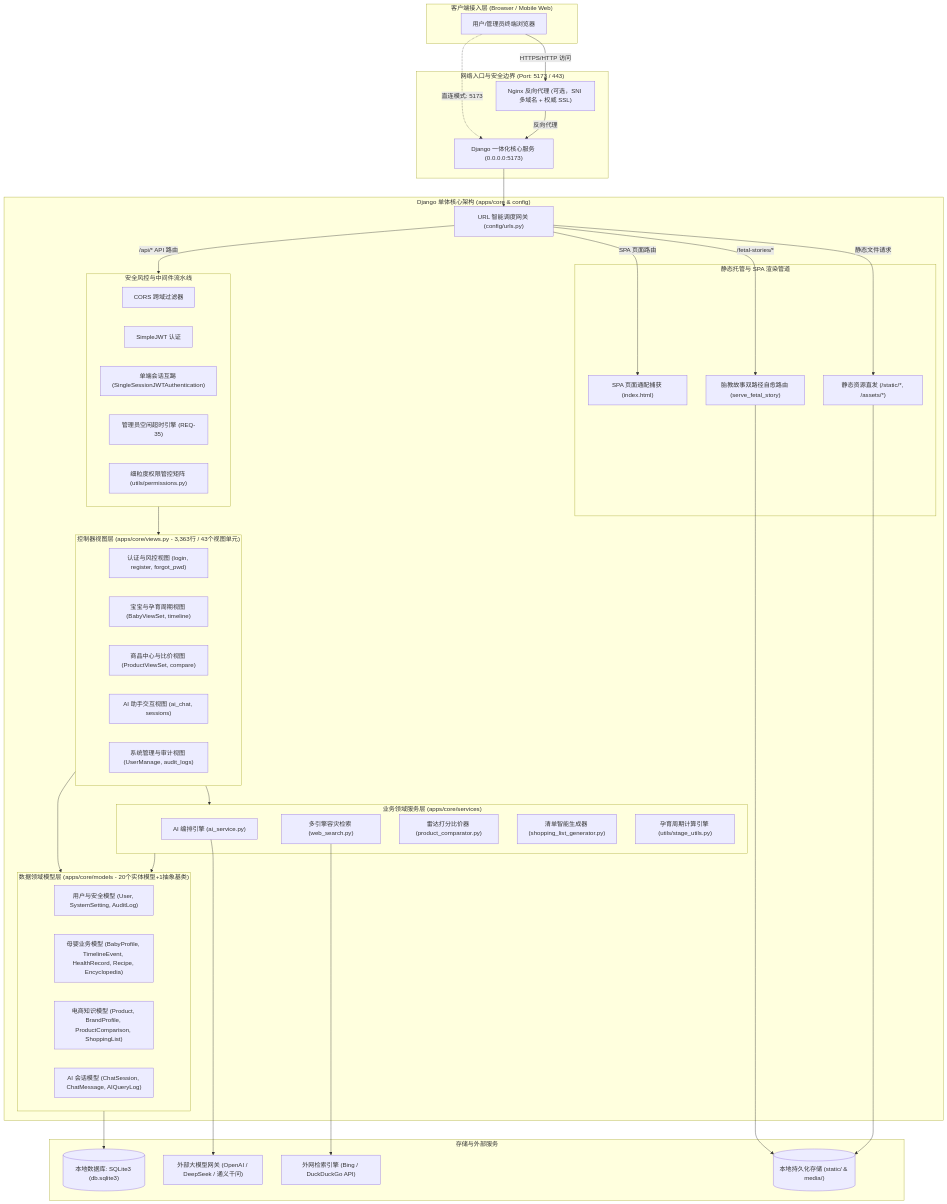
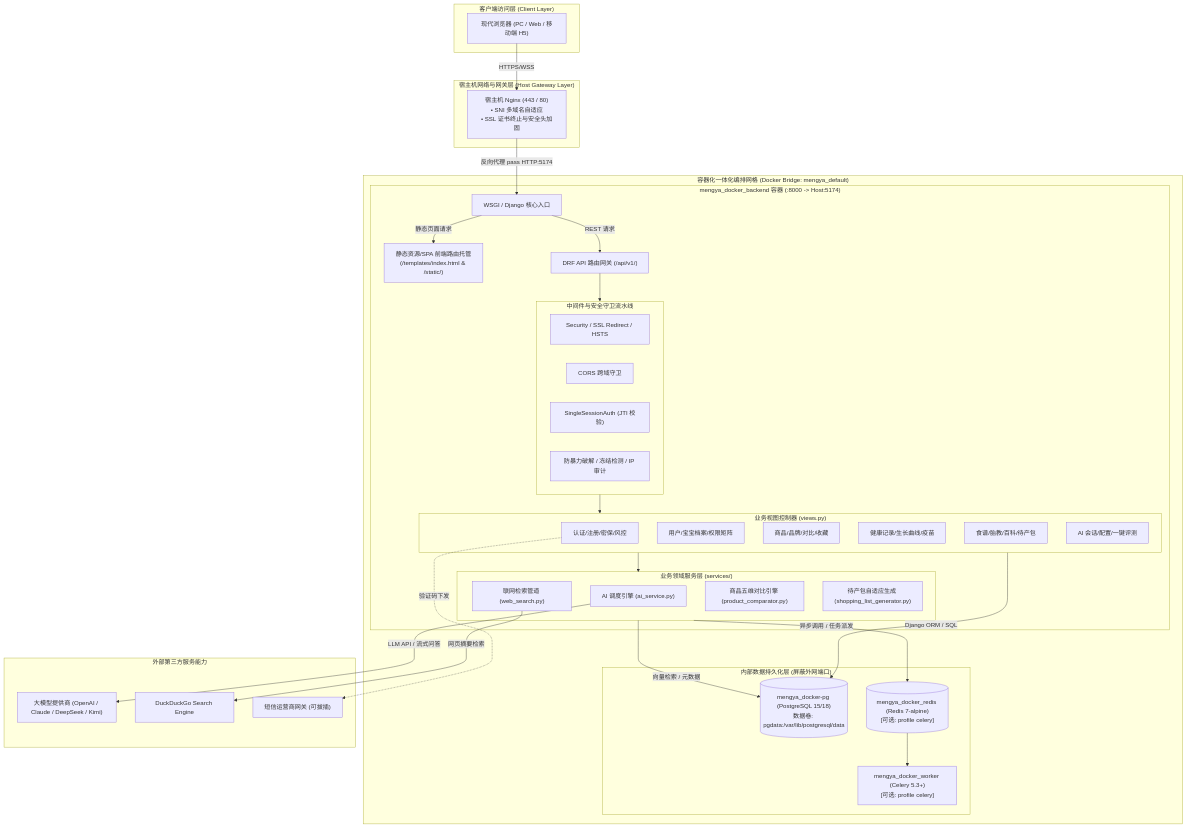
One commit to 18227370901/mengya-docker changed the first of 9 diagrams in docs/PSD_System_Design_and_Refactoring.md. Above: the diagram before and after it, drawn with Mermaid. The commit also changed other lines of this file and 9 other files, not shown here.

````diff
--- a/docs/PSD_System_Design_and_Refactoring.md
+++ b/docs/PSD_System_Design_and_Refactoring.md
@@ -57,83 +58,68 @@
 ```mermaid
+flowchart TB
+    subgraph Client["客户端访问层 (Client Layer)"]
+        Browser["现代浏览器 (PC / Web / 移动端 H5)"]
+    end
 
-flowchart TB
-subgraph ClientLayer ["客户端接入层 (Browser / Mobile Web)"]
-UserBrowser["用户/管理员终端浏览器"]
-end
+    subgraph Host["宿主机网络与网关层 (Host Gateway Layer)"]
+        HostNginx["宿主机 Nginx (443 / 80)<br/>• SNI 多域名自适应<br/>• SSL 证书终止与安全头加固"]
+    end
 
-subgraph BoundaryLayer ["网络入口与安全边界 (Port: 5173 / 443)"]
-NginxProxy["Nginx 反向代理 (可选，SNI 多域名 + 权威 SSL)"]
-DjangoHost["Django 一体化核心服务 (0.0.0.0:5173)"]
-end
+    subgraph DockerEnv["容器化一体化编排网格 (Docker Bridge: mengya_default)"]
+        subgraph BackendContainer["mengya_docker_backend 容器 (:8000 -> Host:5174)"]
+            DjangoEntry["WSGI / Django 核心入口"]
+            StaticServe["静态资源/SPA 前端路由托管<br/>(/templates/index.html & /static/)"]
+            APIRouter["DRF API 路由网关 (/api/v1/)"]
+            
+            subgraph MiddlewareStack["中间件与安全守卫流水线"]
+                SecMW["Security / SSL Redirect / HSTS"]
+                CorsMW["CORS 跨域守卫"]
+                SingleSessionMW["SingleSessionAuth (JTI 校验)"]
+                RiskMW["防暴力破解 / 冻结检测 / IP 审计"]
+            end
+            
+            subgraph CoreViews["业务视图控制器 (views.py)"]
+                AuthViews["认证/注册/密保/风控"]
+                UserViews["用户/宝宝档案/权限矩阵"]
+                ProductViews["商品/品牌/对比/收藏"]
+                HealthViews["健康记录/生长曲线/疫苗"]
+                ContentViews["食谱/胎教/百科/待产包"]
+                AIViews["AI 会话/配置/一键评测"]
+            end
 
-subgraph DjangoCore ["Django 单体核心架构 (apps/core & config)"]
-URLRouter["URL 智能调度网关 (config/urls.py)"]
+            subgraph ServiceDomain["业务领域服务层 (services/)"]
+                AIService["AI 调度引擎 (ai_service.py)"]
+                WebSearch["联网检索管道 (web_search.py)"]
+                Comparator["商品五维对比引擎 (product_comparator.py)"]
+                ListGen["待产包自适应生成 (shopping_list_generator.py)"]
+            end
+        end
 
-subgraph StaticPipeline ["静态托管与 SPA 渲染管道"]
-SPARouter["SPA 页面通配捕获 (index.html)"]
-StaticServe["静态资源直发 (/static/*, /assets/*)"]
-FetalStoryFallback["胎教故事双路径自愈路由 (serve_fetal_story)"]
-end
+        subgraph StorageLayer["内部数据持久化层 (屏蔽外网端口)"]
+            PGDB[("mengya_docker-pg (PostgreSQL 15/18)<br/>数据卷: pgdata:/var/lib/postgresql/data")]
+            RedisQueue[("mengya_docker_redis (Redis 7-alpine)<br/>[可选: profile celery]")]
+            CeleryWorker["mengya_docker_worker (Celery 5.3+)<br/>[可选: profile celery]"]
+        end
+    end
 
-subgraph SecurityPipeline ["安全风控与中间件流水线"]
-CORS["CORS 跨域过滤器"]
-JWTAuth["SimpleJWT 认证"]
-SingleSession["单端会话互踢 (SingleSessionJWTAuthentication)"]
-AdminTimeout["管理员空闲超时引擎 (REQ-35)"]
-PermCheck["细粒度权限管控矩阵 (utils/permissions.py)"]
-end
+    subgraph ExternalCloud["外部第三方服务能力"]
+        LLM["大模型提供商 (OpenAI / Claude / DeepSeek / Kimi)"]
+        DDG["DuckDuckGo Search Engine"]
+        SMS["短信运营商网关 (可拔插)"]
+    end
 
-subgraph ViewLayer ["控制器视图层 (apps/core/views.py - 3,363行 / 43个视图单元)"]
-AuthViews["认证与风控视图 (login, register, forgot_pwd)"]
-BabyViews["宝宝与孕育周期视图 (BabyViewSet, timeline)"]
-ProductViews["商品中心与比价视图 (ProductViewSet, compare)"]
-AIViews["AI 助手交互视图 (ai_chat, sessions)"]
-AdminViews["系统管理与审计视图 (UserManage, audit_logs)"]
-end
-
-subgraph ServiceLayer ["业务领域服务层 (apps/core/services)"]
-AIService["AI 编排引擎 (ai_service.py)"]
-WebSearchService["多引擎容灾检索 (web_search.py)"]
-ProductComparator["雷达打分比价器 (product_comparator.py)"]
-ShoppingGenerator["清单智能生成器 (shopping_list_generator.py)"]
-StageUtils["孕育周期计算引擎 (utils/stage_utils.py)"]
-end
-
-subgraph ModelLayer ["数据领域模型层 (apps/core/models - 20个实体模型+1抽象基类)"]
-UserModels["用户与安全模型 (User, SystemSetting, AuditLog)"]
-DomainModels["母婴业务模型 (BabyProfile, TimelineEvent, HealthRecord, Recipe, Encyclopedia)"]
-ProductModels["电商知识模型 (Product, BrandProfile, ProductComparison, ShoppingList)"]
-AIModels["AI 会话模型 (ChatSession, ChatMessage, AIQueryLog)"]
-end
-end
-
-subgraph StorageLayer ["存储与外部服务"]
-SQLiteDB[("本地数据库: SQLite3 (db.sqlite3)")]
-LocalFiles[("本地持久化存储 (static/ & media/)")]
-OpenAIGW["外部大模型网关 (OpenAI / DeepSeek / 通义千问)"]
-SearchEngines["外网检索引擎 (Bing / DuckDuckGo API)"]
-end
-
-UserBrowser -->|HTTPS/HTTP 访问| NginxProxy
-NginxProxy -->|反向代理| DjangoHost
-UserBrowser -.->|直连模式: 5173| DjangoHost
-
-DjangoHost --> URLRouter
-
-URLRouter -->|静态文件请求| StaticServe
-URLRouter -->|/fetal-stories/*| FetalStoryFallback
-URLRouter -->|SPA 页面路由| SPARouter
-URLRouter -->|/api/* API 路由| SecurityPipeline
-
-SecurityPipeline --> ViewLayer
-ViewLayer --> ServiceLayer
-ServiceLayer --> ModelLayer
-ViewLayer --> ModelLayer
-
-ModelLayer --> SQLiteDB
-StaticServe --> LocalFiles
-FetalStoryFallback --> LocalFiles
-AIService --> OpenAIGW
-WebSearchService --> SearchEngines
-
+    Browser -->|HTTPS/WSS| HostNginx
+    HostNginx -->|反向代理 pass HTTP:5174| DjangoEntry
+    DjangoEntry -->|静态页面请求| StaticServe
+    DjangoEntry -->|REST 请求| APIRouter
+    APIRouter --> MiddlewareStack
+    MiddlewareStack --> CoreViews
+    CoreViews --> ServiceDomain
+    CoreViews -->|Django ORM / SQL| PGDB
+    ServiceDomain -->|向量检索 / 元数据| PGDB
+    ServiceDomain -->|异步调用 / 任务派发| RedisQueue
+    RedisQueue --> CeleryWorker
+    AIService -->|LLM API / 流式问答| LLM
+    WebSearch -->|网页摘要检索| DDG
+    AuthViews -.->|验证码下发| SMS
 ```
````
